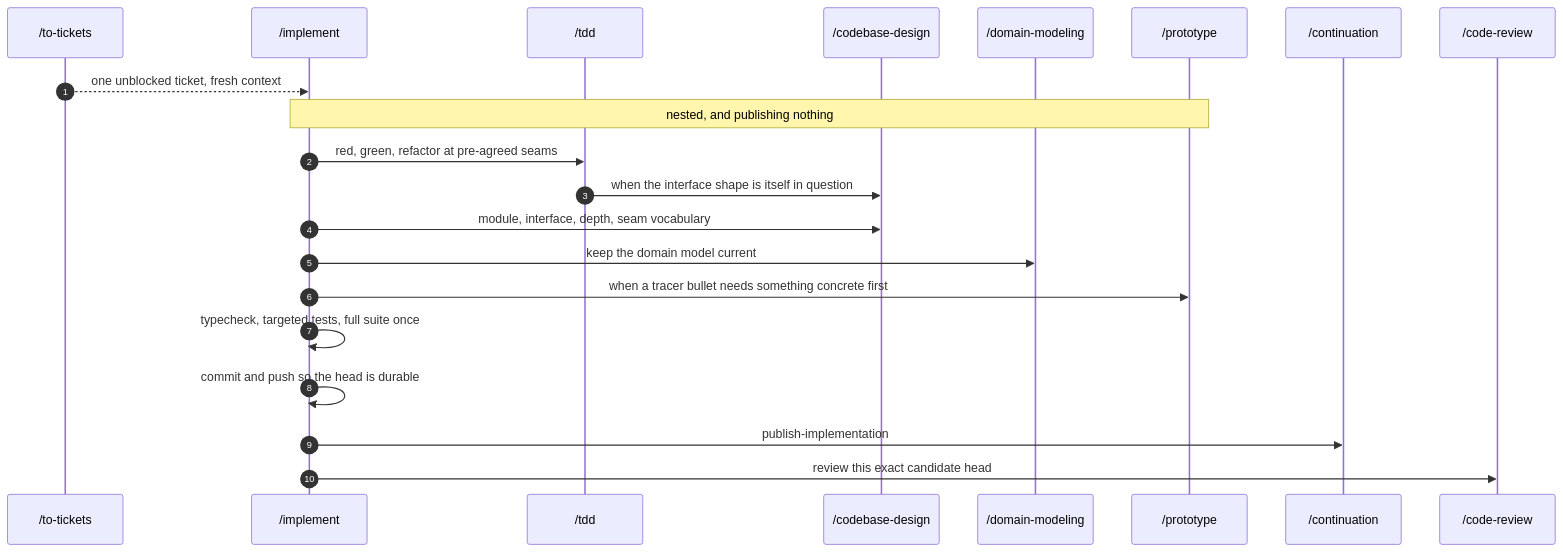
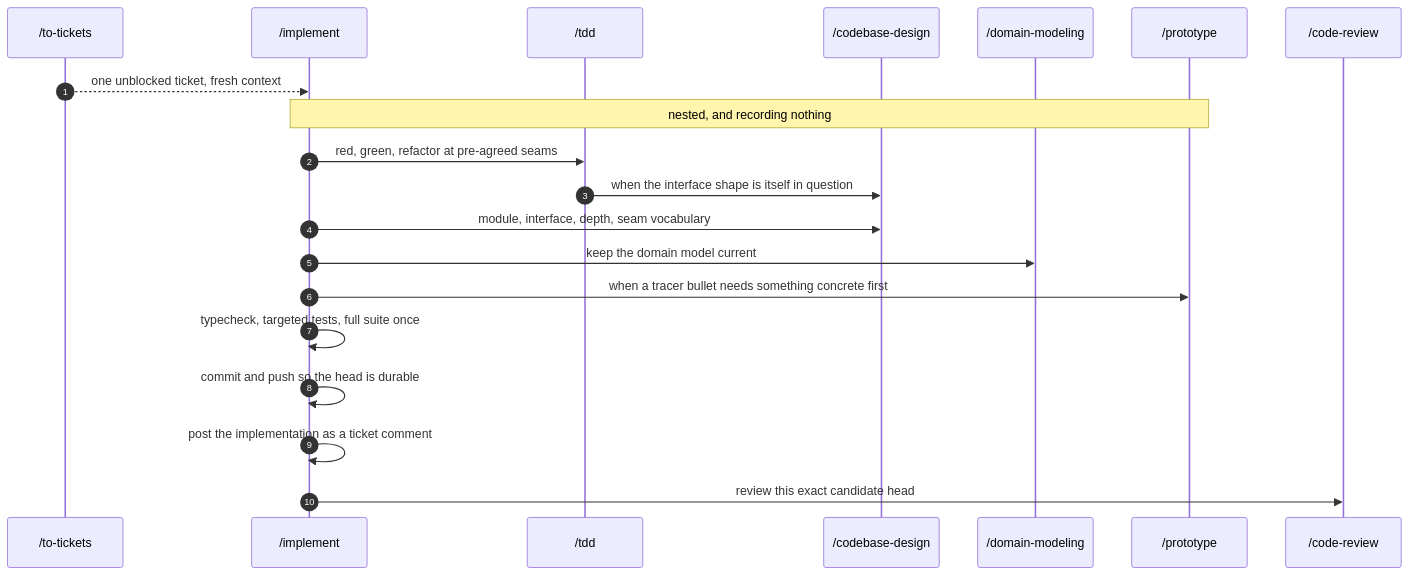
Before and after one commit to bradcstevens/git-loopy-skills: the seventh of 12 diagrams in docs/skill-connections.md, drawn with Mermaid. The commit also changed other lines of this file and 20 other files, not shown here.

````diff
--- a/docs/skill-connections.md
+++ b/docs/skill-connections.md
@@ -338,26 +311,25 @@
 ```mermaid
 sequenceDiagram
     autonumber
     participant TT as /to-tickets
     participant IM as /implement
     participant TD as /tdd
     participant CD as /codebase-design
     participant DM as /domain-modeling
     participant PR as /prototype
-    participant CN as /continuation
     participant CR as /code-review
 
     TT-->>IM: one unblocked ticket, fresh context
 
-    Note over IM,PR: nested, and publishing nothing
+    Note over IM,PR: nested, and recording nothing
     IM->>TD: red, green, refactor at pre-agreed seams
     TD->>CD: when the interface shape is itself in question
     IM->>CD: module, interface, depth, seam vocabulary
     IM->>DM: keep the domain model current
     IM->>PR: when a tracer bullet needs something concrete first
 
     IM->>IM: typecheck, targeted tests, full suite once
     IM->>IM: commit and push so the head is durable
-    IM->>CN: publish-implementation
+    IM->>IM: post the implementation as a ticket comment
     IM->>CR: review this exact candidate head
 ```
````
